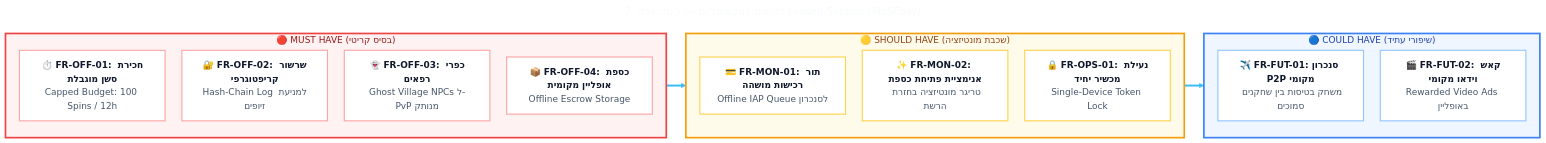
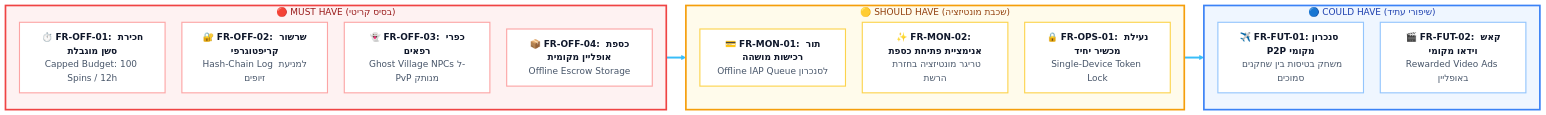
Before and after one commit to Yuvalalex/MOON-ACTIVE-MUNI-SPINE: the first of 2 diagrams in prd_final_v5_CEO_chapters/07 - דרישות פונקציונליות וארכיטקטורת Leased Session (MoSCoW).md, drawn with Mermaid. The commit also changed other lines of this file and 16 other files, not shown here.

Commit message:
docs: fix mermaid blocks in PRD docs

````diff
--- a/prd_final_v5_CEO_chapters/07 - דרישות פונקציונליות וארכיטקטורת Leased Session (MoSCoW).md
+++ b/prd_final_v5_CEO_chapters/07 - דרישות פונקציונליות וארכיטקטורת Leased Session (MoSCoW).md
@@ -12,68 +12,65 @@
 ```mermaid
----
-title: 7. דרישות פונקציונליות וארכיטקטורת Leased Session (MoSCoW)
----
 %%{init: {
   "theme": "base",
   "themeVariables": {
     "fontFamily": "Segoe UI, Assistant, sans-serif",
     "fontSize": "16px",
     "primaryColor": "#0f172a",
     "primaryTextColor": "#f8fafc",
     "primaryBorderColor": "#38bdf8",
     "lineColor": "#38bdf8",
     "secondaryColor": "#1e293b",
     "tertiaryColor": "#1e293b",
     "edgeLabelBackground": "#0f172a",
     "nodeBorder": "#38bdf8",
     "clusterBkg": "#0b1120",
     "clusterBorder": "#38bdf8"
   },
   "flowchart": { "curve": "basis", "nodeSpacing": 30, "rankSpacing": 35, "padding": 15 },
   "sequence": { "actorMargin": 30, "messageMargin": 30 },
   "state": { "nodeSpacing": 30, "rankSpacing": 35, "titleTopMargin": 15 }
 }}%%
 flowchart LR
 
     subgraph Must ["🔴 MUST HAVE (בסיס קריטי)"]
         direction TB
         M1["⏱️ <b>FR-OFF-01: חכירת סשן מוגבלת</b><br/><span style='font-size:16px;color:#475569;'>Capped Budget: 100 Spins / 12h</span>"]
         M2["🔐 <b>FR-OFF-02: שרשור קריפטוגרפי</b><br/><span style='font-size:16px;color:#475569;'>Hash-Chain Log למניעת זיופים</span>"]
         M3["👻 <b>FR-OFF-03: כפרי רפאים</b><br/><span style='font-size:16px;color:#475569;'>Ghost Village NPCs ל-PvP מנותק</span>"]
         M4["📦 <b>FR-OFF-04: כספת אופליין מקומית</b><br/><span style='font-size:16px;color:#475569;'>Offline Escrow Storage</span>"]
     end
 
     subgraph Should ["🟡 SHOULD HAVE (שכבת מונטיזציה)"]
         direction TB
         S1["💳 <b>FR-MON-01: תור רכישות מושהה</b><br/><span style='font-size:16px;color:#475569;'>Offline IAP Queue לסנכרון</span>"]
         S2["✨ <b>FR-MON-02: אנימציית פתיחת כספת</b><br/><span style='font-size:16px;color:#475569;'>טריגר מונטיזציה בחזרת הרשת</span>"]
         S3["🔒 <b>FR-OPS-01: נעילת מכשיר יחיד</b><br/><span style='font-size:16px;color:#475569;'>Single-Device Token Lock</span>"]
     end
 
     subgraph Could ["🔵 COULD HAVE (שיפורי עתיד)"]
         direction TB
         C1["✈️ <b>FR-FUT-01: סנכרון P2P מקומי</b><br/><span style='font-size:16px;color:#475569;'>משחק בטיסות בין שחקנים סמוכים</span>"]
         C2["🎬 <b>FR-FUT-02: קאש וידאו מקומי</b><br/><span style='font-size:16px;color:#475569;'>Rewarded Video Ads באופליין</span>"]
     end
 
     %% חצים להדגשת התקדמות
     Must ==> Should ==> Could
 
     %% סגנונות עמודות
     style Must fill:#fef2f2,stroke:#ef4444,stroke-width:3px,color:#991b1b
     style Should fill:#fffbeb,stroke:#f59e0b,stroke-width:3px,color:#92400e
     style Could fill:#eff6ff,stroke:#3b82f6,stroke-width:3px,color:#1e40af
 
     %% סגנונות כרטיסים
     style M1 fill:#ffffff,stroke:#fca5a5,stroke-width:2px,color:#0f172a
     style M2 fill:#ffffff,stroke:#fca5a5,stroke-width:2px,color:#0f172a
     style M3 fill:#ffffff,stroke:#fca5a5,stroke-width:2px,color:#0f172a
     style M4 fill:#ffffff,stroke:#fca5a5,stroke-width:2px,color:#0f172a
 
     style S1 fill:#ffffff,stroke:#fcd34d,stroke-width:2px,color:#0f172a
     style S2 fill:#ffffff,stroke:#fcd34d,stroke-width:2px,color:#0f172a
     style S3 fill:#ffffff,stroke:#fcd34d,stroke-width:2px,color:#0f172a
 
     style C1 fill:#ffffff,stroke:#93c5fd,stroke-width:2px,color:#0f172a
     style C2 fill:#ffffff,stroke:#93c5fd,stroke-width:2px,color:#0f172a
 ```
````
